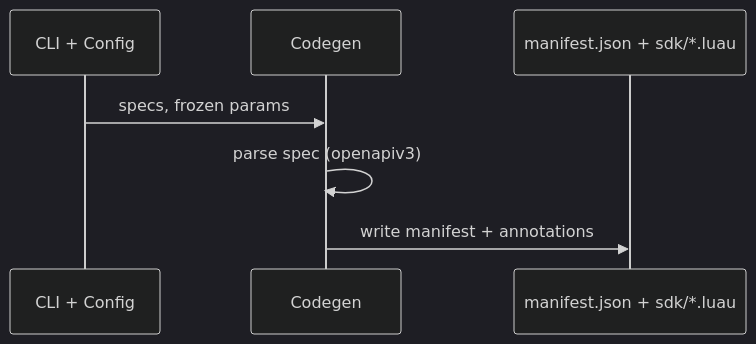
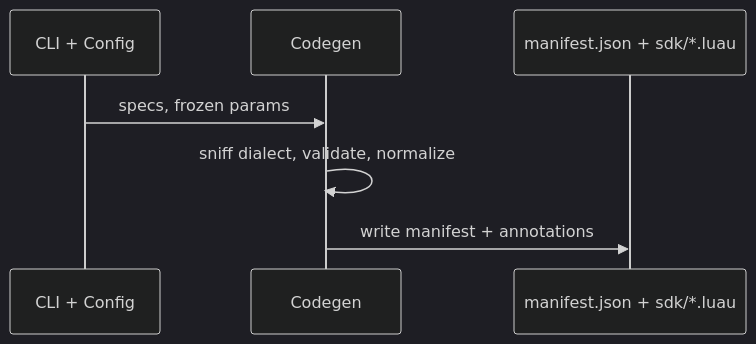
One commit to alennartz/toolscript changed the second of 3 diagrams in codemap.md. Above: the diagram before and after it, drawn with Mermaid (dark theme). The commit also changed 9 other files, not shown here.

````diff
--- a/codemap.md
+++ b/codemap.md
@@ -23,9 +23,9 @@
 ```mermaid
 sequenceDiagram
   participant CLI as CLI + Config
   participant C as Codegen
   participant O as manifest.json + sdk/*.luau
   CLI->>C: specs, frozen params
-  C->>C: parse spec (openapiv3)
+  C->>C: sniff dialect, validate, normalize
   C->>O: write manifest + annotations
 ```
````
